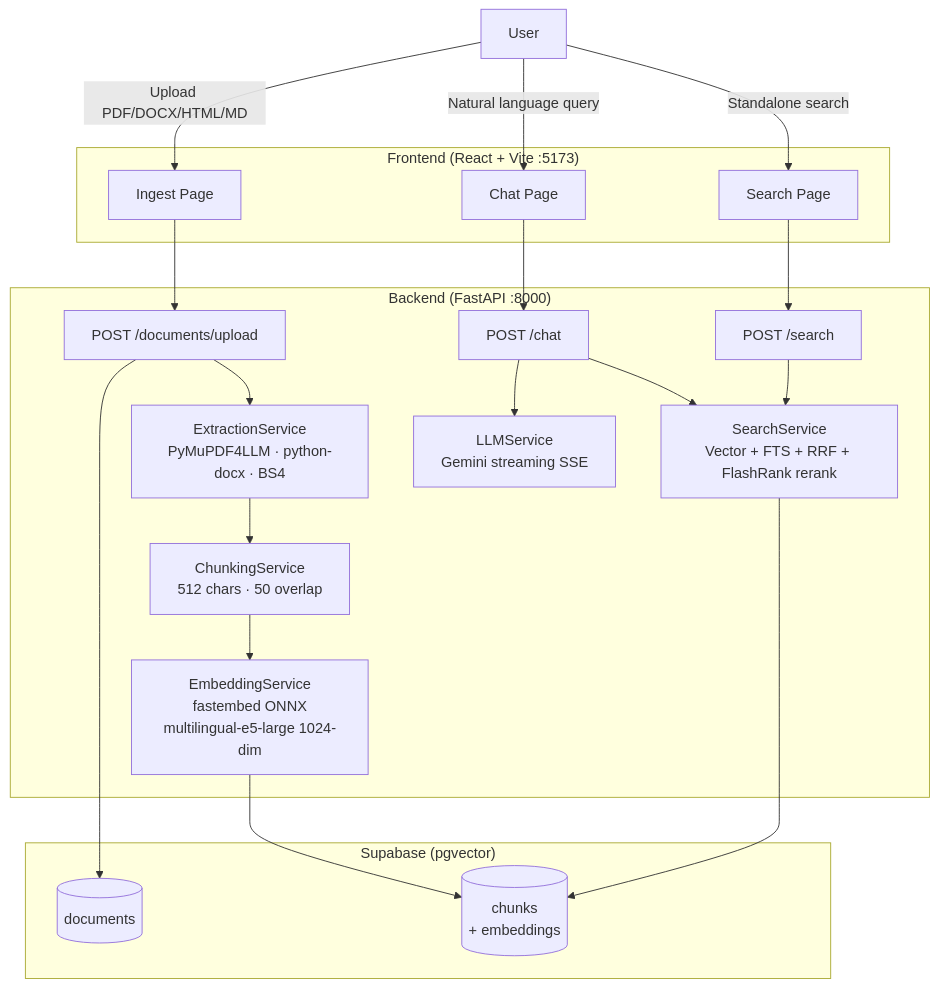
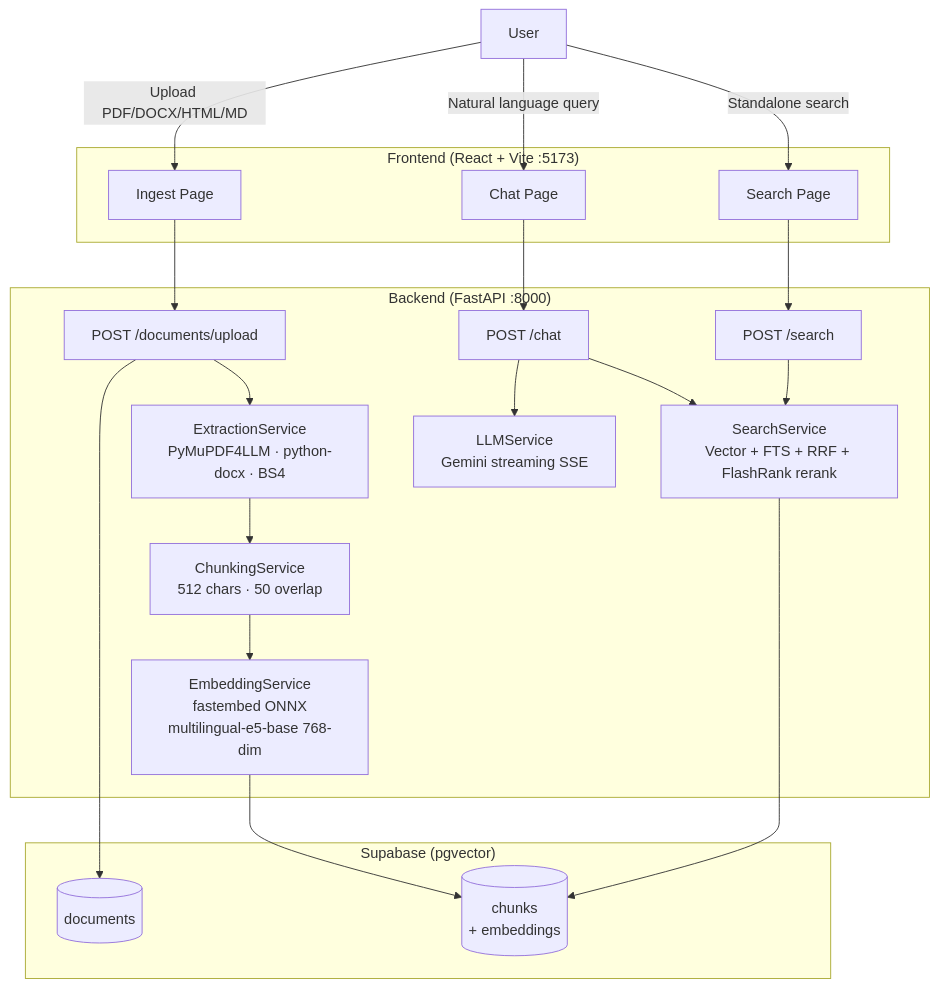
One commit to bakhtiyorjon367/RAG changed the diagram in README.md. Above: the diagram before and after it, drawn with Mermaid. The commit also changed other lines of this file and 7 other files, not shown here.

Commit message:
fix: changed embedding from e5-large to e5-base768 model

````diff
--- a/README.md
+++ b/README.md
@@ -107,39 +107,39 @@
 ```mermaid
 flowchart TD
     User -->|"Upload PDF/DOCX/HTML/MD"| IngestUI
     User -->|"Natural language query"| ChatUI
     User -->|"Standalone search"| SearchUI
 
     subgraph Frontend ["Frontend (React + Vite :5173)"]
         IngestUI[Ingest Page]
         ChatUI[Chat Page]
         SearchUI[Search Page]
     end
 
     subgraph Backend ["Backend (FastAPI :8000)"]
         Upload["POST /documents/upload"]
         SearchAPI["POST /search"]
         ChatAPI["POST /chat"]
 
         Extract["ExtractionService\nPyMuPDF4LLM · python-docx · BS4"]
         Chunk["ChunkingService\n512 chars · 50 overlap"]
-        Embed["EmbeddingService\nfastembed ONNX\nmultilingual-e5-large 1024-dim"]
+        Embed["EmbeddingService\nfastembed ONNX\nmultilingual-e5-base 768-dim"]
         SearchSvc["SearchService\nVector + FTS + RRF + FlashRank rerank"]
         LLM["LLMService\nGemini streaming SSE"]
     end
 
     subgraph DB ["Supabase (pgvector)"]
         Documents[(documents)]
         Chunks[("chunks\n+ embeddings")]
     end
 
     IngestUI --> Upload
     Upload --> Extract --> Chunk --> Embed --> Chunks
     Upload --> Documents
 
     ChatUI --> ChatAPI
     ChatAPI --> SearchSvc --> Chunks
     ChatAPI --> LLM
 
     SearchUI --> SearchAPI --> SearchSvc
 ```
````
